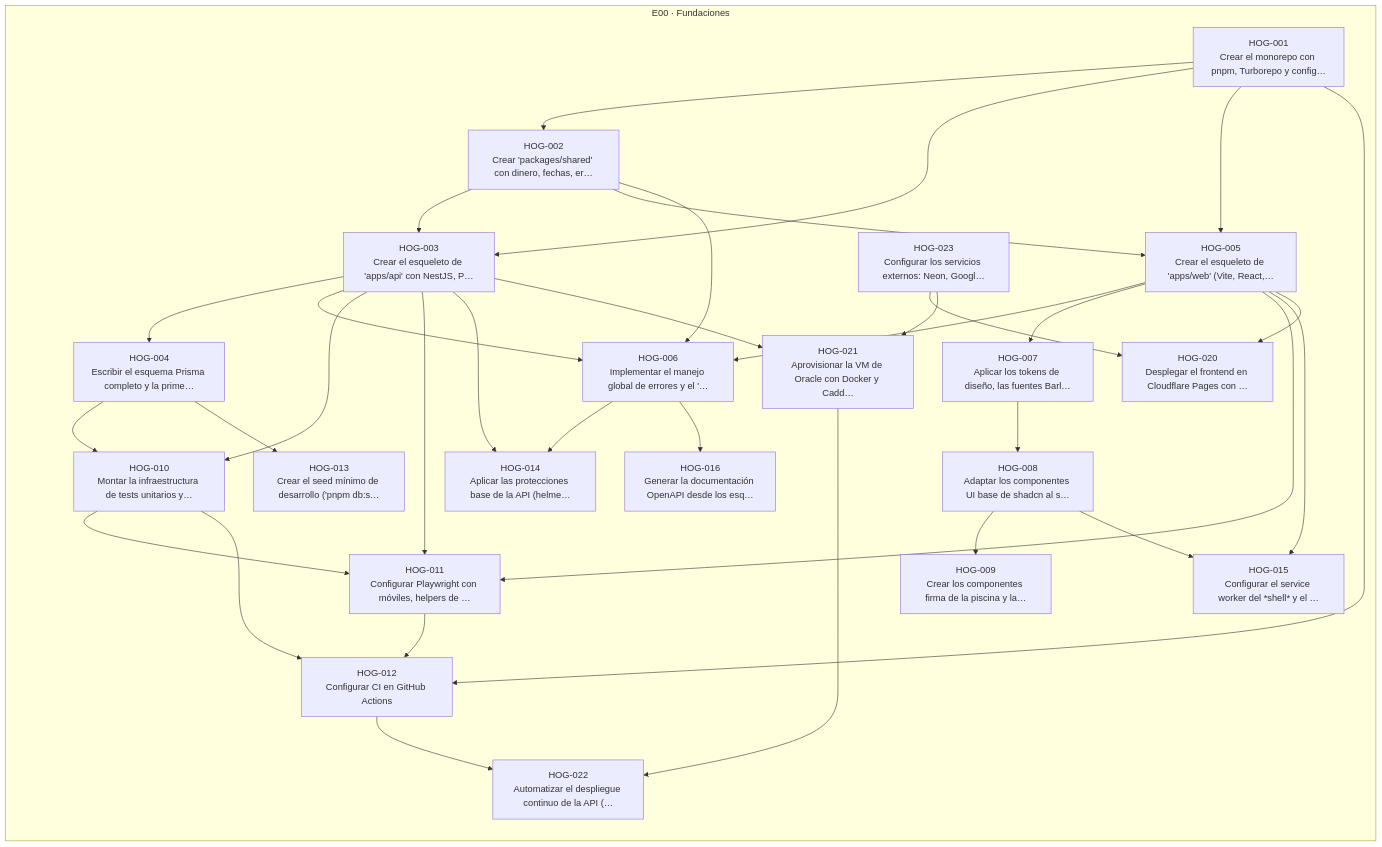
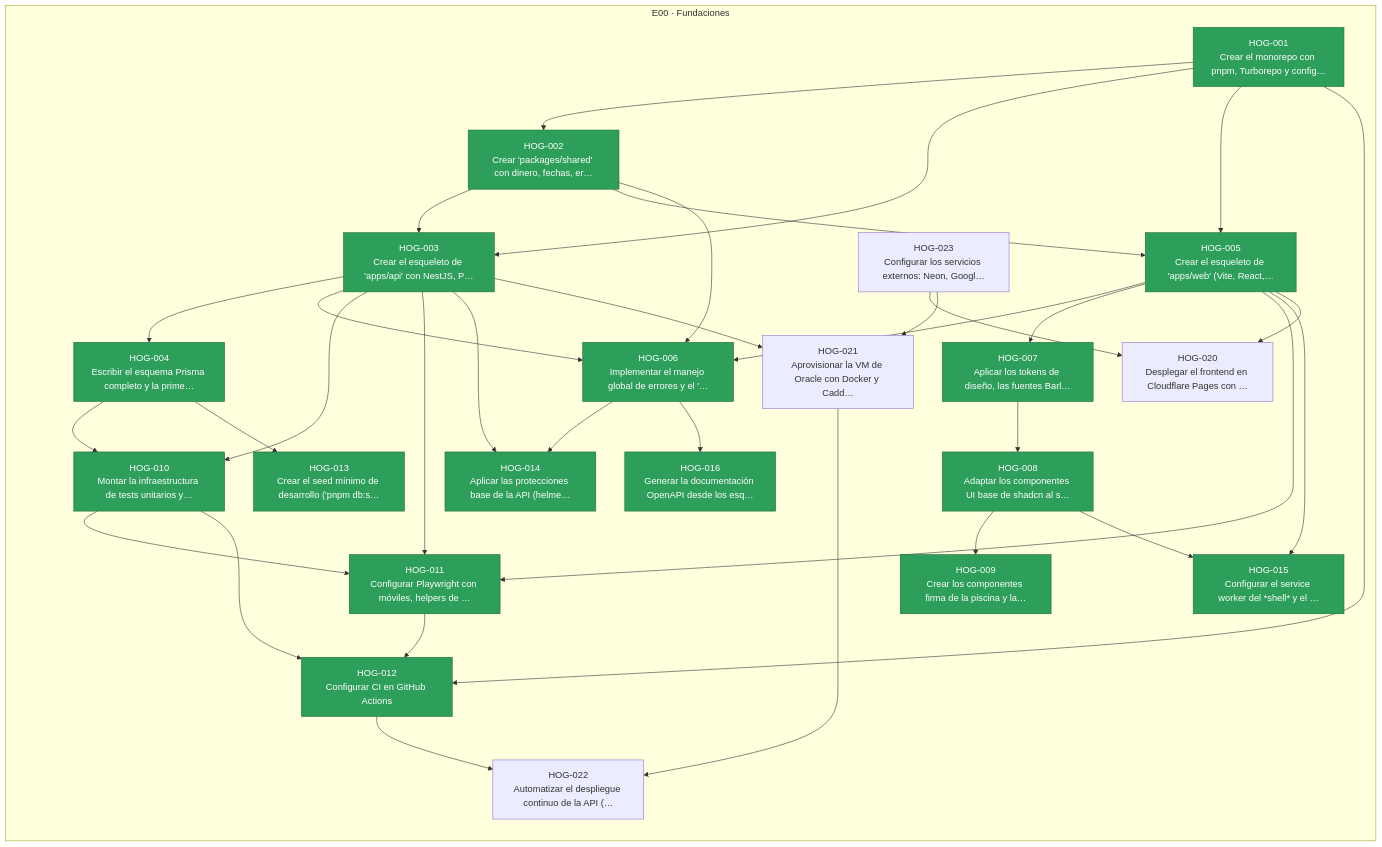
The third of 9 diagrams in BOARD.md (obaiges/hogaria), drawn with Mermaid before and after one commit. The commit also changed other lines of this file and 3 other files, not shown here.

First line of the commit message:
chore(board): diagramas de progreso en verde con pnpm board:progress

````diff
--- a/BOARD.md
+++ b/BOARD.md
@@ -347,57 +355,61 @@
 ```mermaid
 flowchart LR
   subgraph E00_0["E00 · Fundaciones"]
     HOG001["HOG-001<br/>Crear el monorepo con pnpm, Turborepo y config…"]
     HOG002["HOG-002<br/>Crear 'packages/shared' con dinero, fechas, er…"]
     HOG003["HOG-003<br/>Crear el esqueleto de 'apps/api' con NestJS, P…"]
     HOG004["HOG-004<br/>Escribir el esquema Prisma completo y la prime…"]
     HOG005["HOG-005<br/>Crear el esqueleto de 'apps/web' (Vite, React,…"]
     HOG006["HOG-006<br/>Implementar el manejo global de errores y el '…"]
     HOG007["HOG-007<br/>Aplicar los tokens de diseño, las fuentes Barl…"]
     HOG008["HOG-008<br/>Adaptar los componentes UI base de shadcn al s…"]
     HOG009["HOG-009<br/>Crear los componentes firma de la piscina y la…"]
     HOG010["HOG-010<br/>Montar la infraestructura de tests unitarios y…"]
     HOG011["HOG-011<br/>Configurar Playwright con móviles, helpers de …"]
     HOG014["HOG-014<br/>Aplicar las protecciones base de la API (helme…"]
     HOG012["HOG-012<br/>Configurar CI en GitHub Actions"]
     HOG015["HOG-015<br/>Configurar el service worker del *shell* y el …"]
     HOG023["HOG-023<br/>Configurar los servicios externos: Neon, Googl…"]
     HOG020["HOG-020<br/>Desplegar el frontend en Cloudflare Pages con …"]
     HOG021["HOG-021<br/>Aprovisionar la VM de Oracle con Docker y Cadd…"]
     HOG013["HOG-013<br/>Crear el seed mínimo de desarrollo ('pnpm db:s…"]
     HOG016["HOG-016<br/>Generar la documentación OpenAPI desde los esq…"]
     HOG022["HOG-022<br/>Automatizar el despliegue continuo de la API (…"]
   end
   HOG001 --> HOG002
   HOG001 --> HOG003
   HOG002 --> HOG003
   HOG003 --> HOG004
   HOG001 --> HOG005
   HOG002 --> HOG005
   HOG002 --> HOG006
   HOG003 --> HOG006
   HOG005 --> HOG006
   HOG005 --> HOG007
   HOG007 --> HOG008
   HOG008 --> HOG009
   HOG003 --> HOG010
   HOG004 --> HOG010
   HOG003 --> HOG011
   HOG005 --> HOG011
   HOG010 --> HOG011
   HOG003 --> HOG014
   HOG006 --> HOG014
   HOG001 --> HOG012
   HOG010 --> HOG012
   HOG011 --> HOG012
   HOG005 --> HOG015
   HOG008 --> HOG015
   HOG005 --> HOG020
   HOG023 --> HOG020
   HOG003 --> HOG021
   HOG023 --> HOG021
   HOG004 --> HOG013
   HOG006 --> HOG016
   HOG012 --> HOG022
   HOG021 --> HOG022
+%% progreso (generado por scripts/board-progress.mjs)
+  classDef done fill:#2e9e5b,stroke:#1d6b3c,color:#ffffff
+  classDef started fill:#c8ecd5,stroke:#2e9e5b,color:#10331f
+  class HOG001,HOG002,HOG003,HOG004,HOG005,HOG006,HOG007,HOG008,HOG009,HOG010,HOG011,HOG014,HOG012,HOG015,HOG013,HOG016 done
 ```
````
